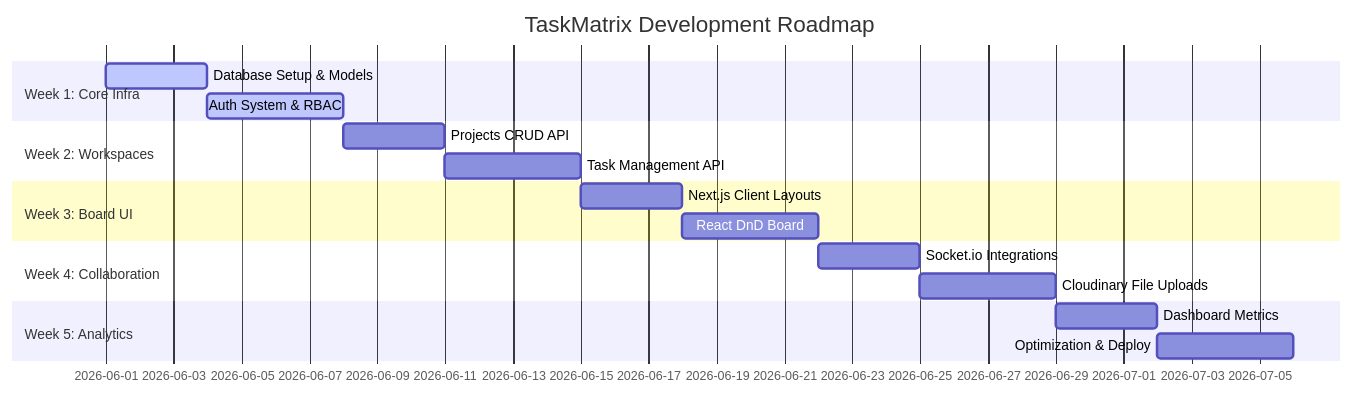
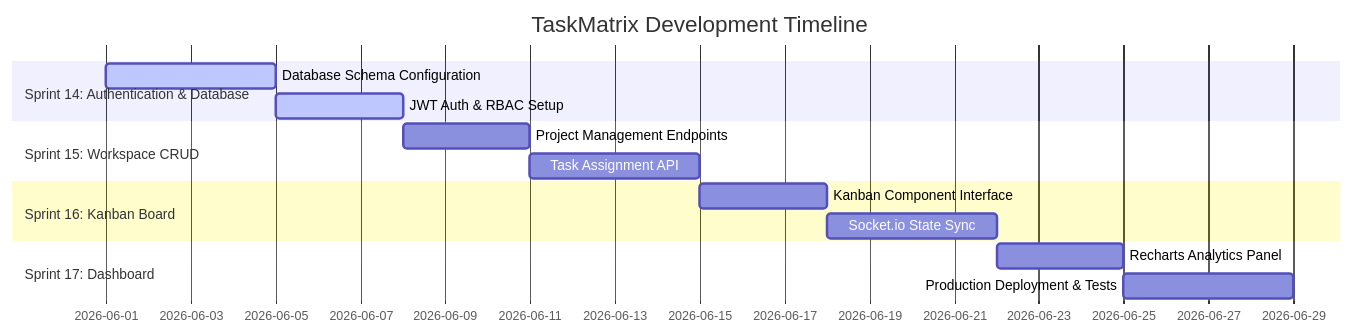
The second of 2 diagrams in README.md (Shivasaini2006/prodesk-capstone-sprint13), drawn with Mermaid before and after one commit. The commit also changed other lines of this file and 1 other file, not shown here.

Commit message:
docs: finalize professional recruiter-level PRD README for TaskMatrix

````diff
--- a/README.md
+++ b/README.md
@@ -358,20 +278,17 @@
 ```mermaid
 gantt
-    title TaskMatrix Development Roadmap
+    title TaskMatrix Development Timeline
     dateFormat  YYYY-MM-DD
-    section Week 1: Core Infra
-    Database Setup & Models :active, 2026-06-01, 3d
-    Auth System & RBAC      :active, 2026-06-04, 4d
-    section Week 2: Workspaces
-    Projects CRUD API       :2026-06-08, 3d
-    Task Management API     :2026-06-11, 4d
-    section Week 3: Board UI
-    Next.js Client Layouts  :2026-06-15, 3d
-    React DnD Board         :2026-06-18, 4d
-    section Week 4: Collaboration
-    Socket.io Integrations   :2026-06-22, 3d
-    Cloudinary File Uploads :2026-06-25, 4d
-    section Week 5: Analytics
-    Dashboard Metrics       :2026-06-29, 3d
-    Optimization & Deploy   :2026-07-02, 4d
+    section Sprint 14: Authentication & Database
+    Database Schema Configuration :active, 2026-06-01, 4d
+    JWT Auth & RBAC Setup          :active, 2026-06-05, 3d
+    section Sprint 15: Workspace CRUD
+    Project Management Endpoints  :2026-06-08, 3d
+    Task Assignment API           :2026-06-11, 4d
+    section Sprint 16: Kanban Board
+    Kanban Component Interface     :2026-06-15, 3d
+    Socket.io State Sync          :2026-06-18, 4d
+    section Sprint 17: Dashboard
+    Recharts Analytics Panel      :2026-06-22, 3d
+    Production Deployment & Tests :2026-06-25, 4d
 ```
````
